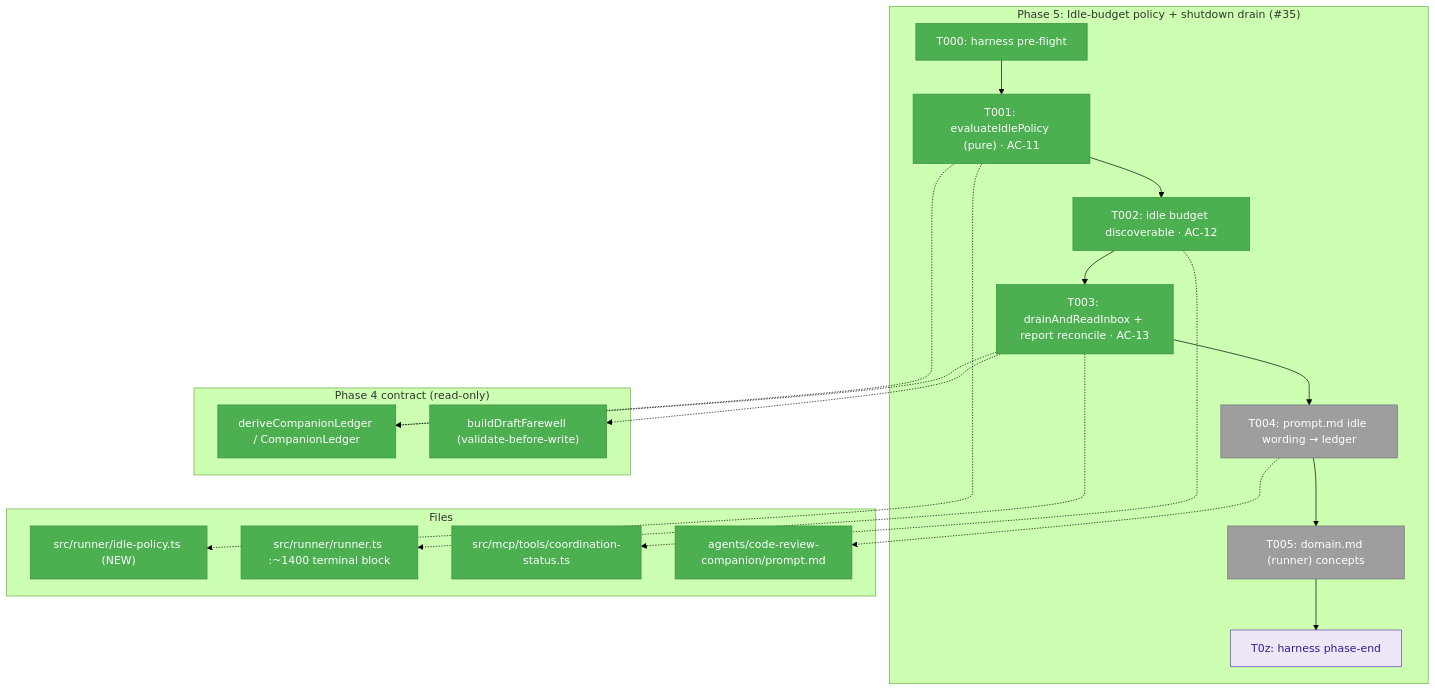
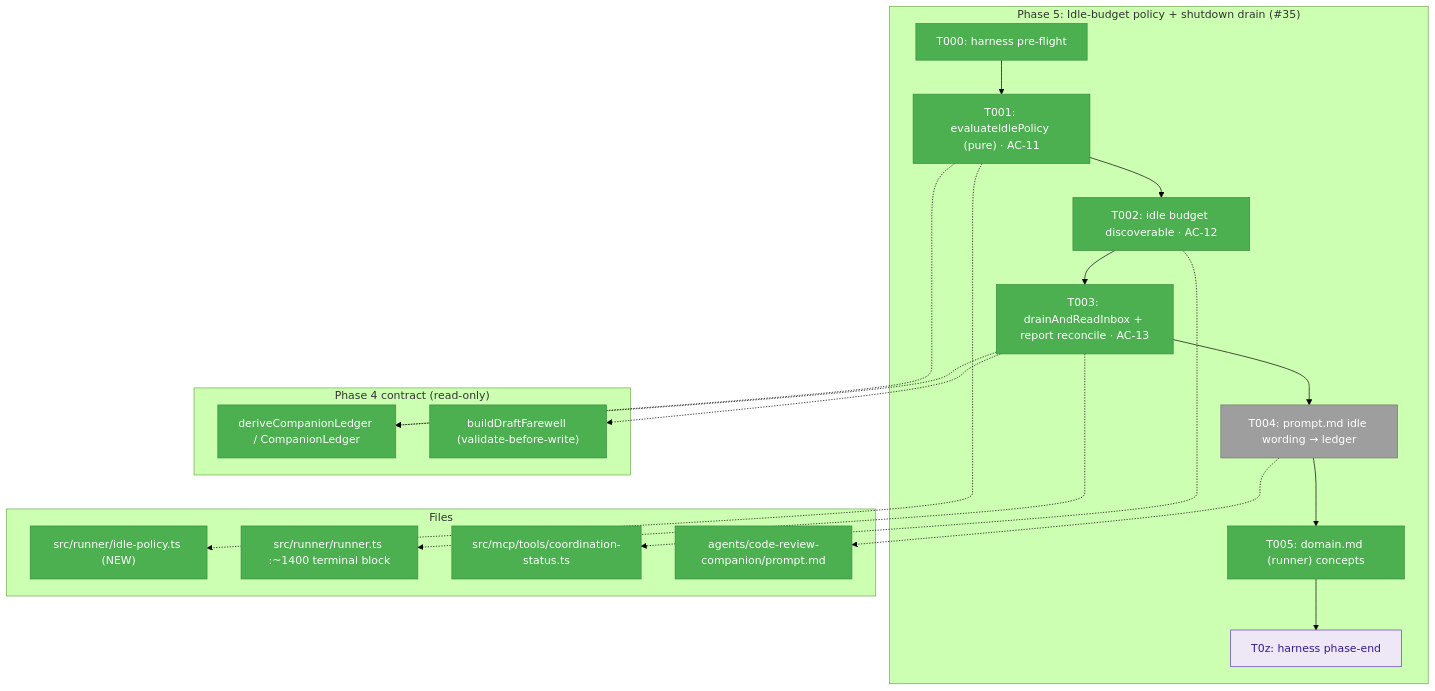
The first of 3 diagrams in docs/plans/027-companion-coordination/tasks/phase-5-idle-budget-policy-shutdown-drain/tasks.md (AI-Substrate/minih), drawn with Mermaid (forest theme) before and after one commit. The commit also changed other lines of this file and 3 other files, not shown here.

First line of the commit message:
docs(runner),test: T005 domain doc + plan-019 prompt suite ledger-driven (#35)

````diff
--- a/docs/plans/027-companion-coordination/tasks/phase-5-idle-budget-policy-shutdown-drain/tasks.md
+++ b/docs/plans/027-companion-coordination/tasks/phase-5-idle-budget-policy-shutdown-drain/tasks.md
@@ -149,37 +149,37 @@
 ```mermaid
 flowchart TD
     classDef pending fill:#9E9E9E,stroke:#757575,color:#fff
     classDef completed fill:#4CAF50,stroke:#388E3C,color:#fff
     classDef seam fill:#EDE7F6,stroke:#673AB7,color:#311B92
 
     subgraph Phase["Phase 5: Idle-budget policy + shutdown drain (#35)"]
         T000["T000: harness pre-flight"]:::completed
         T001["T001: evaluateIdlePolicy (pure) · AC-11"]:::completed
         T002["T002: idle budget discoverable · AC-12"]:::completed
         T003["T003: drainAndReadInbox + report reconcile · AC-13"]:::completed
         T004["T004: prompt.md idle wording → ledger"]:::pending
-        T005["T005: domain.md (runner) concepts"]:::pending
+        T005["T005: domain.md (runner) concepts"]:::completed
         T0z["T0z: harness phase-end"]:::seam
         T000 --> T001 --> T002 --> T003 --> T004 --> T005 --> T0z
     end
 
     subgraph Consumes["Phase 4 contract (read-only)"]
         L["deriveCompanionLedger / CompanionLedger"]:::completed
         B["buildDraftFarewell (validate-before-write)"]:::completed
     end
 
     subgraph Files["Files"]
         F1["src/runner/idle-policy.ts (NEW)"]:::completed
         F2["src/runner/runner.ts :~1400 terminal block"]:::completed
         F3["src/mcp/tools/coordination-status.ts"]:::completed
         F4["agents/code-review-companion/prompt.md"]:::completed
     end
 
     T001 -.-> F1
     T001 -.-> L
     T002 -.-> F3
     T003 -.-> F2
     T003 -.-> L
     T003 -.-> B
     T004 -.-> F4
 ```
````
